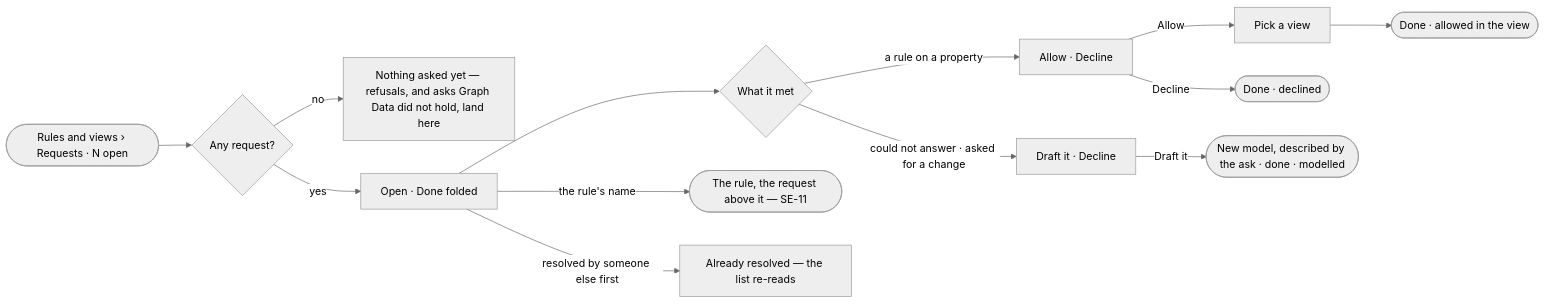
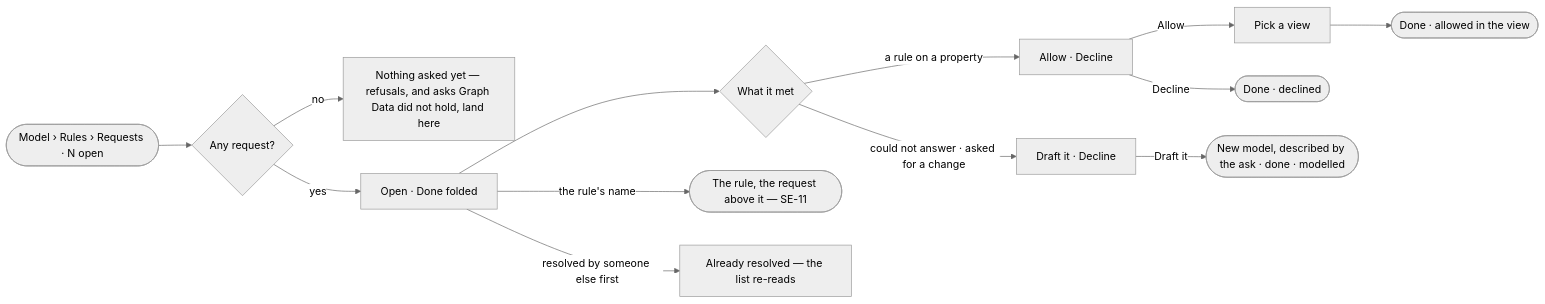
The diagram in specs/capabilities/semantics/features/SE-F07-rules/stories/SE-13-act-on-what-people-and-agents-ask-of-the-model/story.md (invana/invana), drawn with Mermaid (neutral theme) before and after one commit. The commit also changed other lines of this file and 54 other files, not shown here.

First line of the commit message:
docs(specs): many graph databases by access, links within one database, Model views restored

````diff
--- a/specs/capabilities/semantics/features/SE-F07-rules/stories/SE-13-act-on-what-people-and-agents-ask-of-the-model/story.md
+++ b/specs/capabilities/semantics/features/SE-F07-rules/stories/SE-13-act-on-what-people-and-agents-ask-of-the-model/story.md
@@ -28,14 +28,14 @@
 ```mermaid
 flowchart LR
-  a([Rules and views › Requests · N open]) --> l{Any request?}
+  a([Model › Rules › Requests · N open]) --> l{Any request?}
   l -->|no| e["Nothing asked yet — refusals, and asks Graph Data did not hold, land here"]
   l -->|yes| o["Open · Done folded"]
   o --> k{What it met}
   k -->|a rule on a property| al["Allow · Decline"]
   k -->|could not answer · asked for a change| dr["Draft it · Decline"]
   al -->|Allow| pv["Pick a view"] --> d1(["Done · allowed in the view"])
   dr -->|Draft it| nm(["New model, described by the ask · done · modelled"])
   al -->|Decline| d2(["Done · declined"])
   o -->|the rule's name| r(["The rule, the request above it — SE-11"])
   o -->|resolved by someone else first| c["Already resolved — the list re-reads"]
 ```
````
